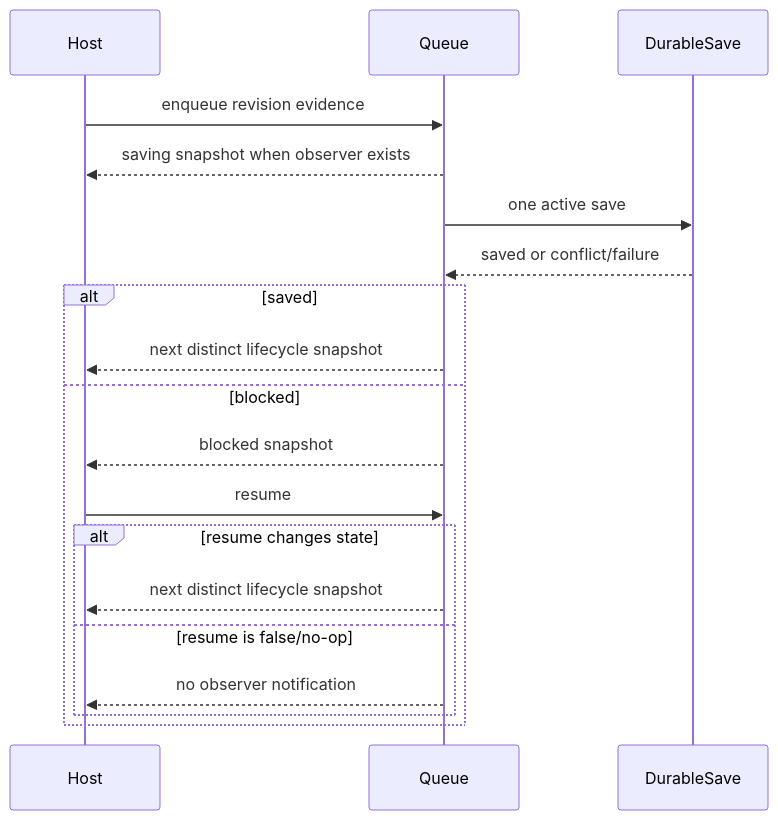
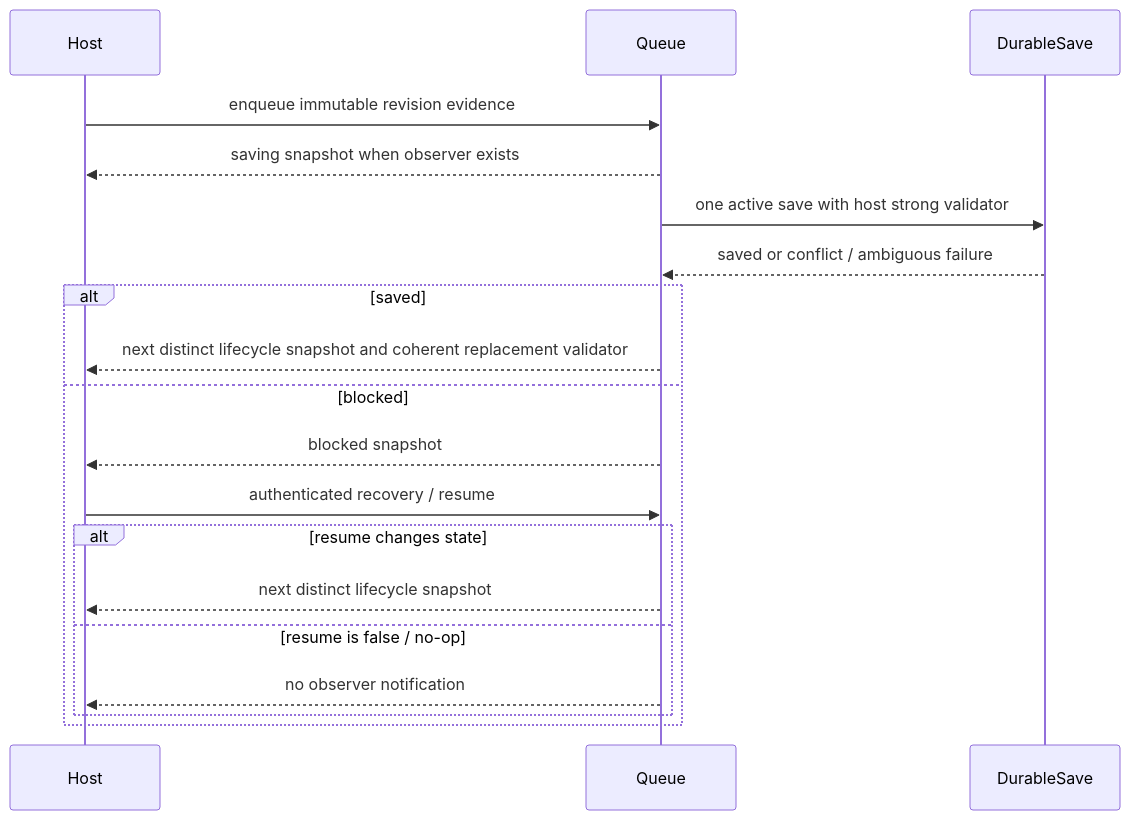
The seventh of 15 diagrams in docs/UML.md (ContextualWisdomLab/inkspan), drawn with Mermaid before and after one commit. The commit also changed other lines of this file, not shown here.

Commit message:
docs(uml): complete Inkspan runtime and deployment diagrams

````diff
--- a/docs/UML.md
+++ b/docs/UML.md
@@ -37,21 +160,21 @@
 ```mermaid
 sequenceDiagram
   participant Host
   participant Queue
   participant DurableSave
-  Host->>Queue: enqueue revision evidence
+  Host->>Queue: enqueue immutable revision evidence
   Queue-->>Host: saving snapshot when observer exists
-  Queue->>DurableSave: one active save
-  DurableSave-->>Queue: saved or conflict/failure
+  Queue->>DurableSave: one active save with host strong validator
+  DurableSave-->>Queue: saved or conflict / ambiguous failure
   alt saved
-    Queue-->>Host: next distinct lifecycle snapshot
+    Queue-->>Host: next distinct lifecycle snapshot and coherent replacement validator
   else blocked
     Queue-->>Host: blocked snapshot
-    Host->>Queue: resume
+    Host->>Queue: authenticated recovery / resume
     alt resume changes state
       Queue-->>Host: next distinct lifecycle snapshot
-    else resume is false/no-op
+    else resume is false / no-op
       Queue-->>Host: no observer notification
     end
   end
 ```
````
